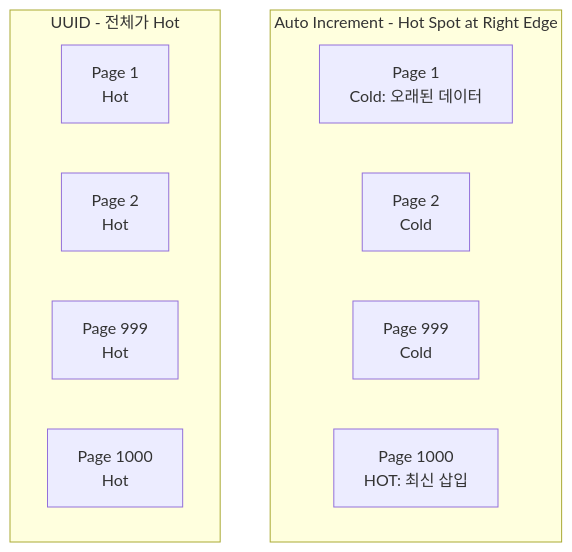
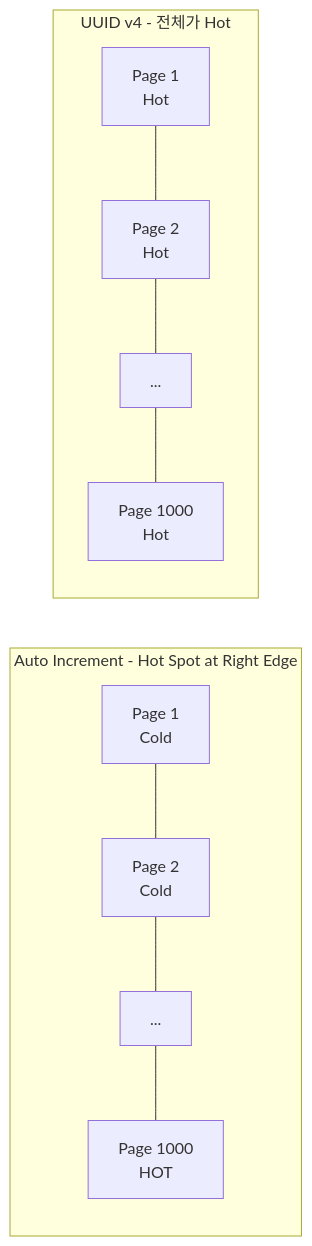
The tenth of 14 diagrams in src/data/blog/ko/mysql-btree-index-page-split-deep-dive.md (PreAgile/astro-paper), drawn with Mermaid before and after one commit. The commit also changed other lines of this file and 17 other files, not shown here.

````diff
--- a/src/data/blog/ko/mysql-btree-index-page-split-deep-dive.md
+++ b/src/data/blog/ko/mysql-btree-index-page-split-deep-dive.md
@@ -340,16 +543,18 @@
 ```mermaid
-graph TB
-    subgraph "Auto Increment - Hot Spot at Right Edge"
-        A1["Page 1<br/>Cold: 오래된 데이터"]
-        A2[Page 2<br/>Cold]
-        A3[Page 999<br/>Cold]
-        A4["Page 1000<br/>HOT: 최신 삽입"]
+graph LR
+    subgraph AUTO["Auto Increment - Hot Spot at Right Edge"]
+        A1["Page 1<br/>Cold"]
+        A2["Page 2<br/>Cold"]
+        A3["..."]
+        A4["Page 1000<br/>HOT"]
+        A1 --- A2 --- A3 --- A4
     end
 
-    subgraph "UUID - 전체가 Hot"
-        U1[Page 1<br/>Hot]
-        U2[Page 2<br/>Hot]
-        U3[Page 999<br/>Hot]
-        U4[Page 1000<br/>Hot]
+    subgraph UUID["UUID v4 - 전체가 Hot"]
+        U1["Page 1<br/>Hot"]
+        U2["Page 2<br/>Hot"]
+        U3["..."]
+        U4["Page 1000<br/>Hot"]
+        U1 --- U2 --- U3 --- U4
     end
 ```
````
